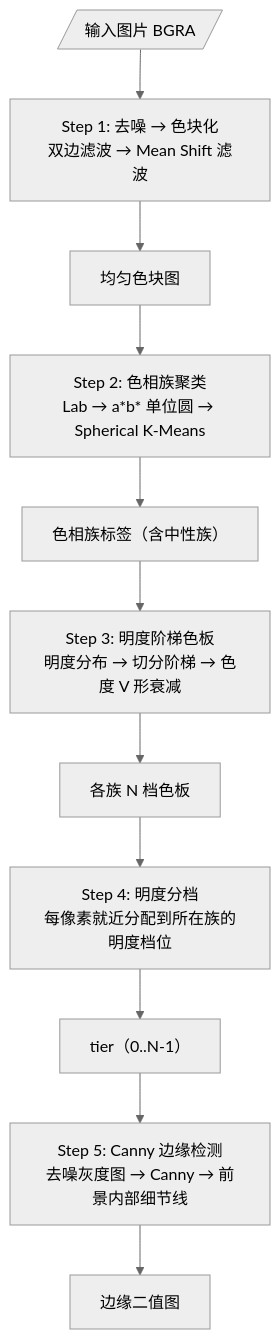
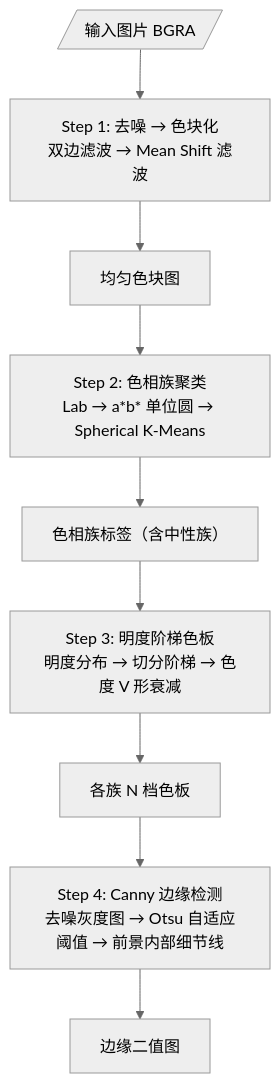
The diagram in docs/感知阶段.md (asinkLuno/img2pixelart), drawn with Mermaid (neutral theme) before and after one commit. The commit also changed other lines of this file and 12 other files, not shown here.

First line of the commit message:
refactor(perceive): 简化感知流程（Canny Otsu 自适应、清理死产物） (#13)

````diff
--- a/docs/感知阶段.md
+++ b/docs/感知阶段.md
@@ -9,16 +9,14 @@
 ```mermaid
 flowchart TD
     INPUT[/输入图片 BGRA/]
     S1["Step 1: 去噪 → 色块化<br/>双边滤波 → Mean Shift 滤波"]
     S1_OUT["均匀色块图"]
     S2["Step 2: 色相族聚类<br/>Lab → a*b* 单位圆 → Spherical K-Means"]
     S2_OUT["色相族标签（含中性族）"]
     S3["Step 3: 明度阶梯色板<br/>明度分布 → 切分阶梯 → 色度 V 形衰减"]
     S3_OUT["各族 N 档色板"]
-    S4["Step 4: 明度分档<br/>每像素就近分配到所在族的明度档位"]
-    S4_OUT["tier（0..N-1）"]
-    S5["Step 5: Canny 边缘检测<br/>去噪灰度图 → Canny → 前景内部细节线"]
-    S5_OUT["边缘二值图"]
+    S4["Step 4: Canny 边缘检测<br/>去噪灰度图 → Otsu 自适应阈值 → 前景内部细节线"]
+    S4_OUT["边缘二值图"]
 
-    INPUT --> S1 --> S1_OUT --> S2 --> S2_OUT --> S3 --> S3_OUT --> S4 --> S4_OUT --> S5 --> S5_OUT
+    INPUT --> S1 --> S1_OUT --> S2 --> S2_OUT --> S3 --> S3_OUT --> S4 --> S4_OUT
 ```
````
